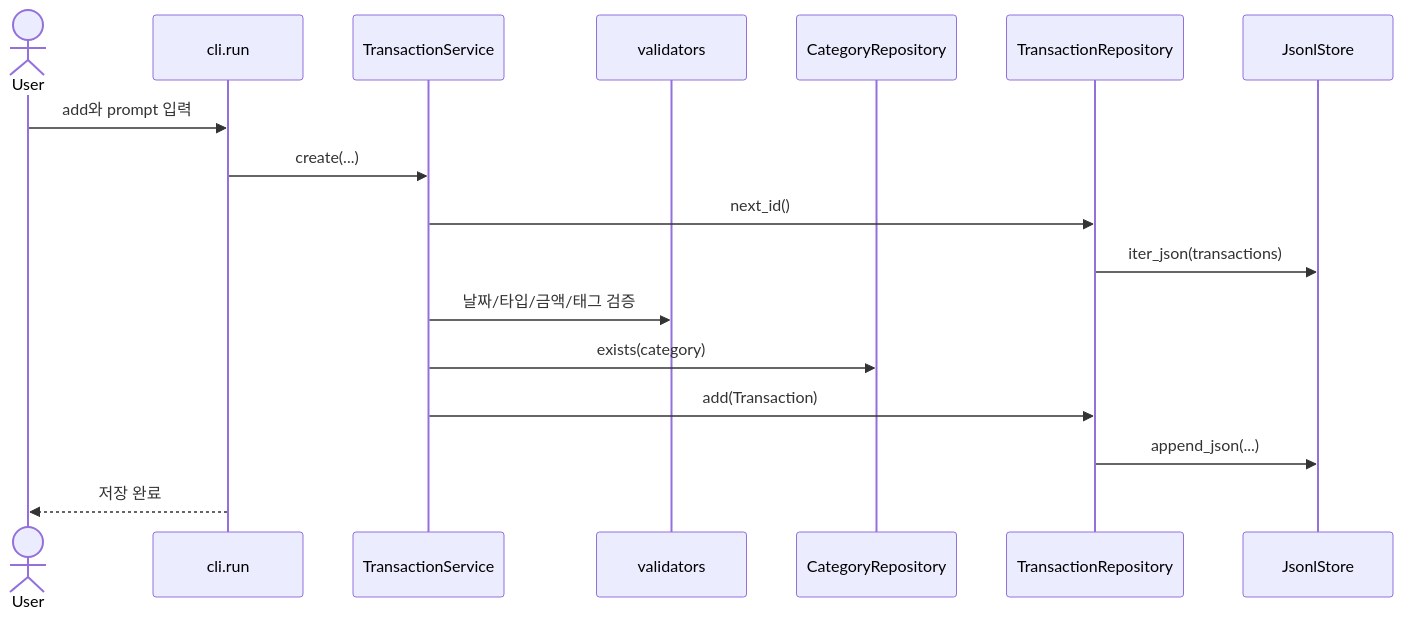
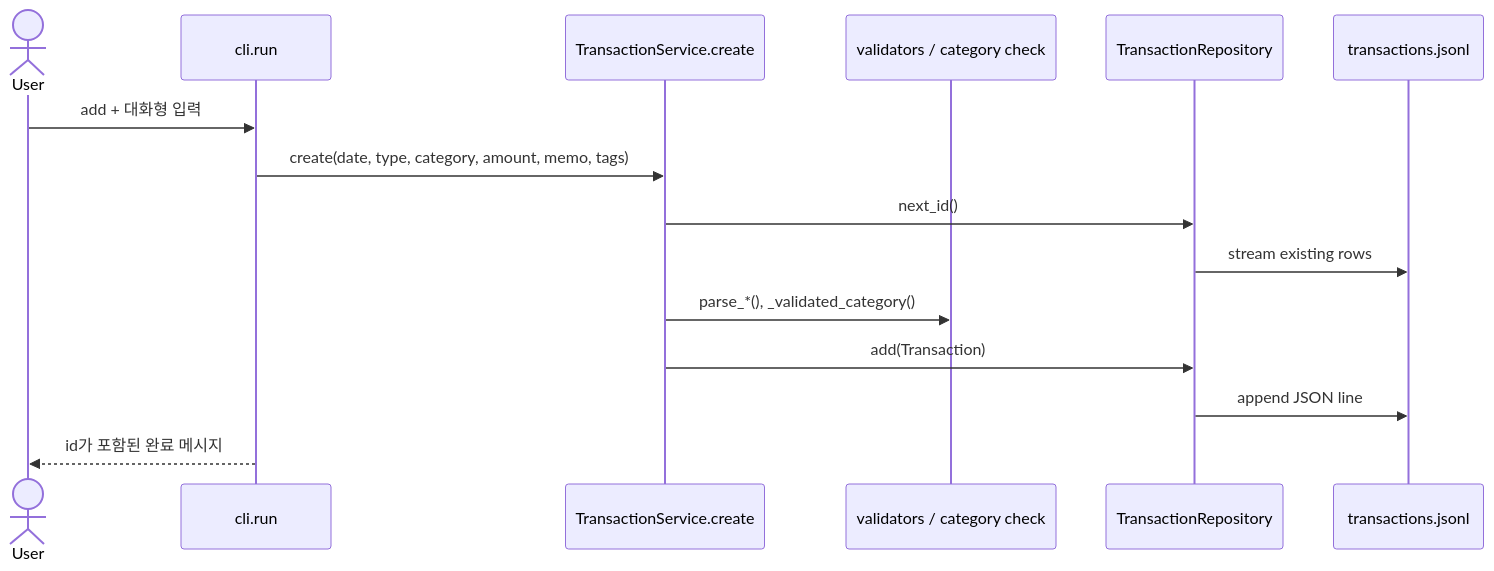
One commit to jhkr1/Codyssey_main_course changed the second of 7 diagrams in B2-1_Create_file-based_household_account_console_program/budget_app/CODE_ARCHITECTURE.md. Above: the diagram before and after it, drawn with Mermaid. The commit also changed other lines of this file and 2 other files, not shown here.

````diff
--- a/B2-1_Create_file-based_household_account_console_program/budget_app/CODE_ARCHITECTURE.md
+++ b/B2-1_Create_file-based_household_account_console_program/budget_app/CODE_ARCHITECTURE.md
@@ -55,19 +146,17 @@
 ```mermaid
 sequenceDiagram
     actor User
     participant CLI as cli.run
-    participant TS as TransactionService
-    participant V as validators
-    participant CR as CategoryRepository
+    participant TS as TransactionService.create
+    participant V as validators / category check
     participant TR as TransactionRepository
-    participant JS as JsonlStore
-    User->>CLI: add와 prompt 입력
-    CLI->>TS: create(...)
+    participant F as transactions.jsonl
+    User->>CLI: add + 대화형 입력
+    CLI->>TS: create(date, type, category, amount, memo, tags)
     TS->>TR: next_id()
-    TR->>JS: iter_json(transactions)
-    TS->>V: 날짜/타입/금액/태그 검증
-    TS->>CR: exists(category)
+    TR->>F: stream existing rows
+    TS->>V: parse_*(), _validated_category()
     TS->>TR: add(Transaction)
-    TR->>JS: append_json(...)
-    CLI-->>User: 저장 완료
+    TR->>F: append JSON line
+    CLI-->>User: id가 포함된 완료 메시지
 ```
````
